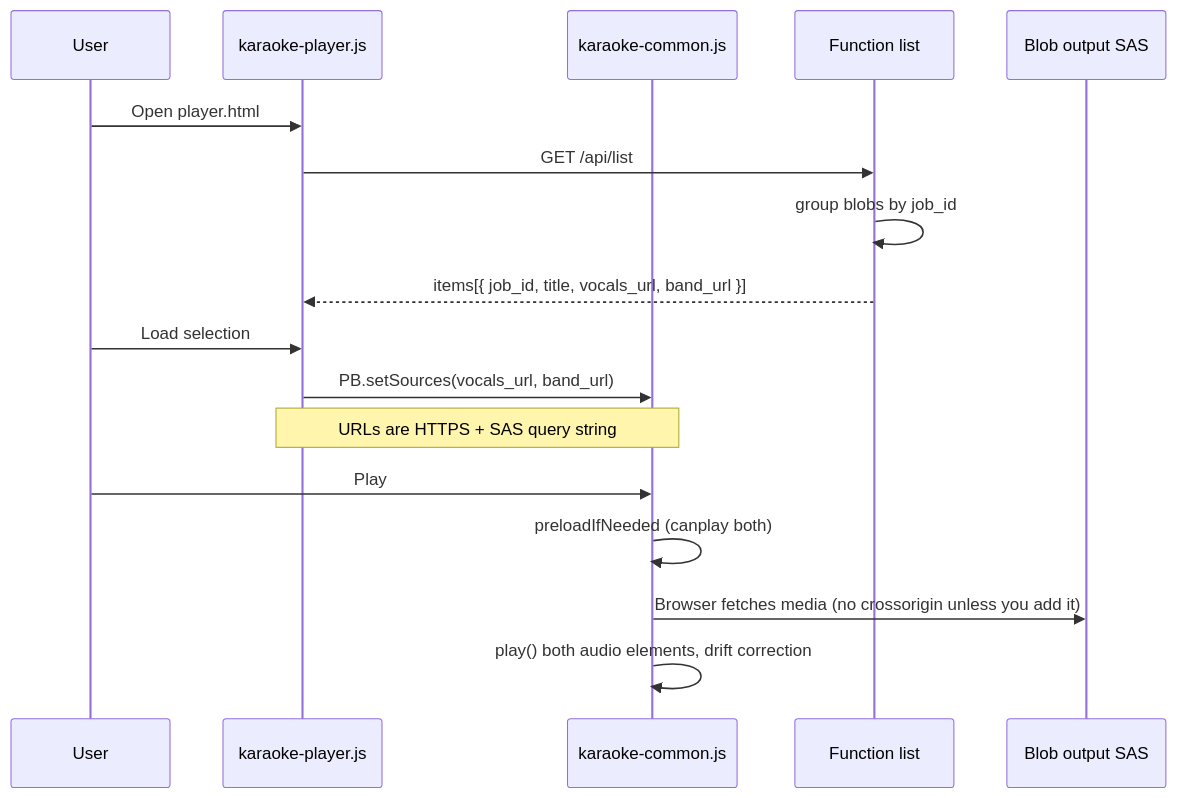
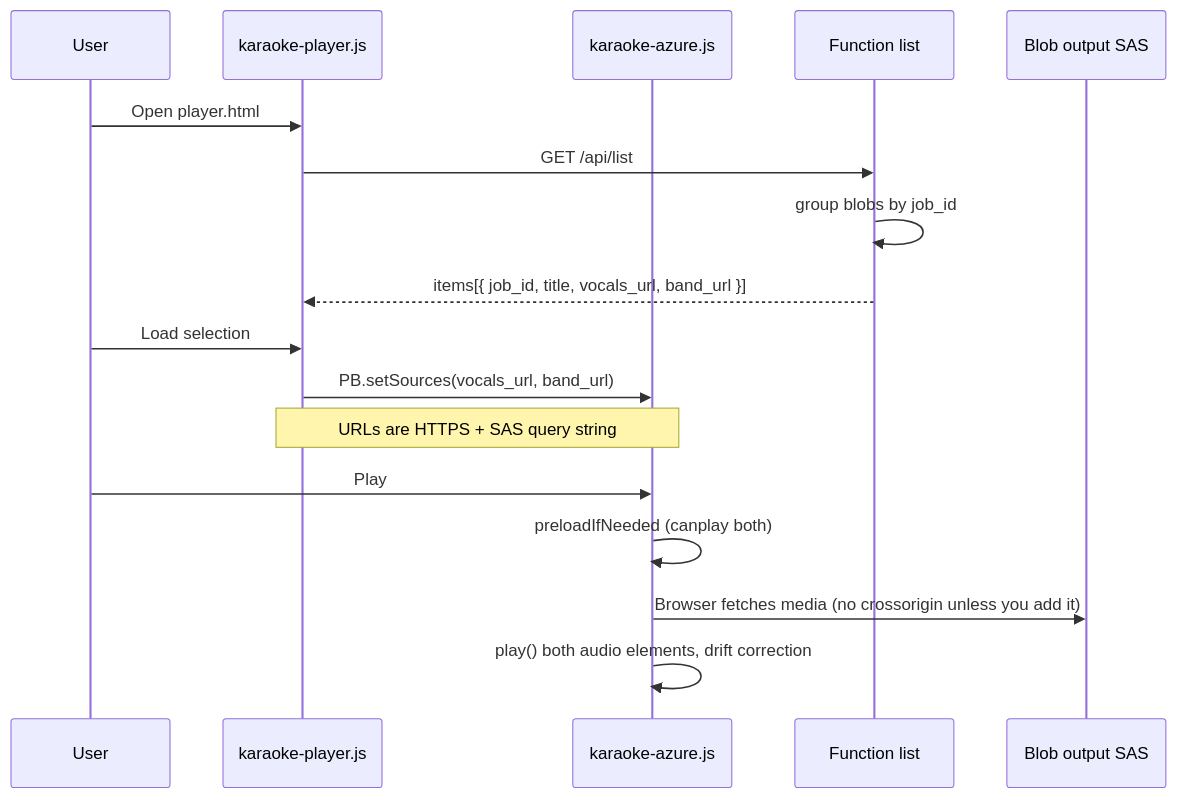
The seventh of 9 diagrams in karaoke/ARCHITECTURE.md (krishnaposa/krishnaposa-mlo-site), drawn with Mermaid before and after one commit. The commit also changed other lines of this file and 1 other file, not shown here.

Commit message:
no azure

````diff
--- a/karaoke/ARCHITECTURE.md
+++ b/karaoke/ARCHITECTURE.md
@@ -287,22 +291,22 @@
 ```mermaid
 sequenceDiagram
   participant U as User
   participant P as karaoke-player.js
-  participant C as karaoke-common.js
+  participant C as karaoke-azure.js
   participant L as Function list
   participant AZ as Blob output SAS
 
   U->>P: Open player.html
   P->>L: GET /api/list
   L->>L: group blobs by job_id
   L-->>P: items[{ job_id, title, vocals_url, band_url }]
 
   U->>P: Load selection
   P->>C: PB.setSources(vocals_url, band_url)
   Note over P,C: URLs are HTTPS + SAS query string
 
   U->>C: Play
   C->>C: preloadIfNeeded (canplay both)
   C->>AZ: Browser fetches media (no crossorigin unless you add it)
   C->>C: play() both audio elements, drift correction
 ```
````
